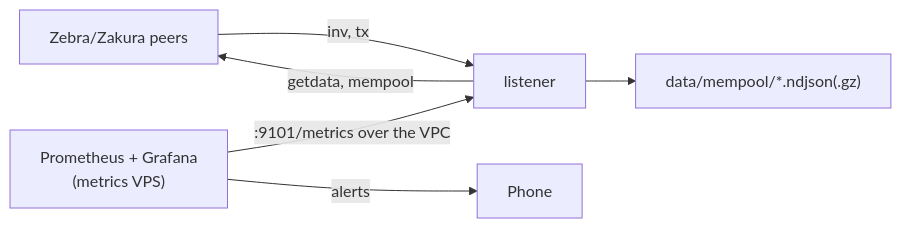
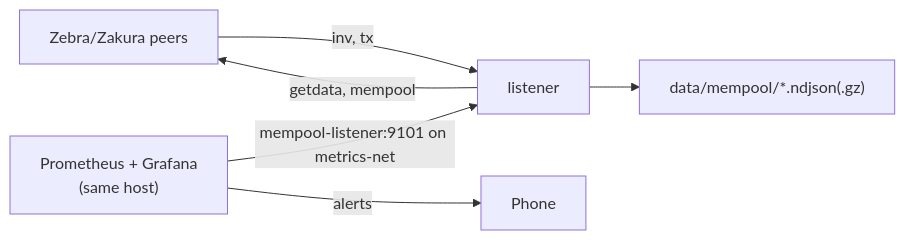
Before and after one commit to ShieldedLabs/ziggurat-zcash: the diagram in deploy/mempool/README.md, drawn with Mermaid. The commit also changed other lines of this file and 7 other files, not shown here.

First line of the commit message:
mempool-listener: run on the metrics VPS

````diff
--- a/deploy/mempool/README.md
+++ b/deploy/mempool/README.md
@@ -5,8 +5,8 @@
 ```mermaid
 flowchart LR
   P["Zebra/Zakura peers"] -->|inv, tx| L[listener]
   L -->|getdata, mempool| P
   L --> D["data/mempool/*.ndjson(.gz)"]
-  M["Prometheus + Grafana<br/>(metrics VPS)"] -->|":9101/metrics over the VPC"| L
+  M["Prometheus + Grafana<br/>(same host)"] -->|"mempool-listener:9101 on metrics-net"| L
   M -->|alerts| Phone
 ```
````
